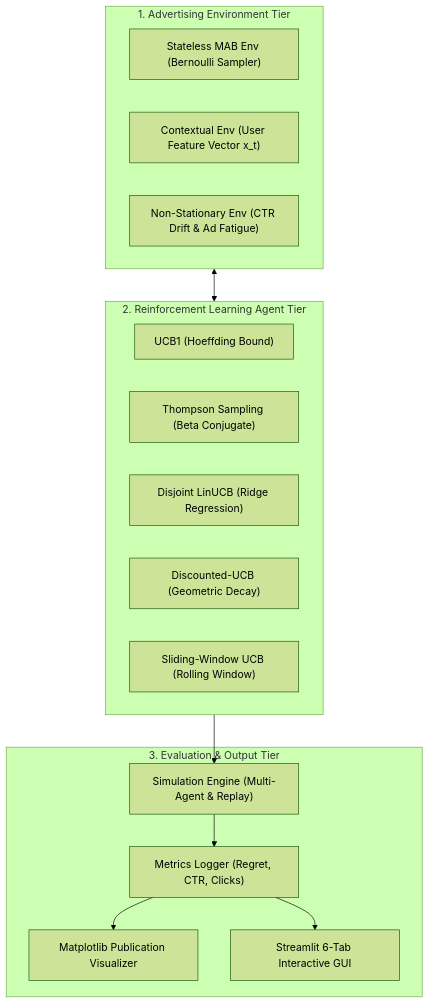
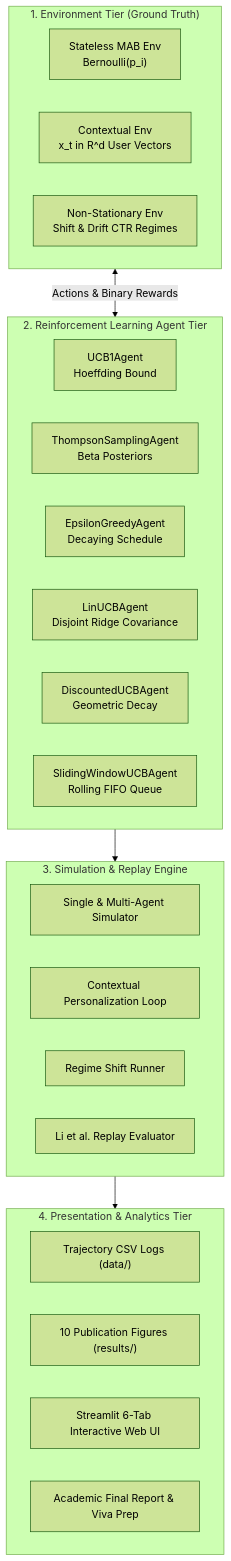
One commit to Bhupender2004/dynamic-advertisement-rl changed the third of 3 diagrams in README.md. Above: the diagram before and after it, drawn with Mermaid (forest theme). The commit also changed other lines of this file, not shown here.

````diff
--- a/README.md
+++ b/README.md
@@ -55,29 +221,35 @@
 ```mermaid
 flowchart TD
-    subgraph EnvTier ["1. Advertising Environment Tier"]
-        StatEnv["Stateless MAB Env (Bernoulli Sampler)"]
-        ContextEnv["Contextual Env (User Feature Vector x_t)"]
-        NonStatEnv["Non-Stationary Env (CTR Drift & Ad Fatigue)"]
+    subgraph EnvTier ["1. Environment Tier (Ground Truth)"]
+        StatEnv["Stateless MAB Env<br/>Bernoulli(p_i)"]
+        ContextEnv["Contextual Env<br/>x_t in R^d User Vectors"]
+        NonStatEnv["Non-Stationary Env<br/>Shift & Drift CTR Regimes"]
     end
 
     subgraph AgentTier ["2. Reinforcement Learning Agent Tier"]
-        UCB["UCB1 (Hoeffding Bound)"]
-        TS["Thompson Sampling (Beta Conjugate)"]
-        LinUCB["Disjoint LinUCB (Ridge Regression)"]
-        DUCB["Discounted-UCB (Geometric Decay)"]
-        SWUCB["Sliding-Window UCB (Rolling Window)"]
+        UCB["UCB1Agent<br/>Hoeffding Bound"]
+        TS["ThompsonSamplingAgent<br/>Beta Posteriors"]
+        EG["EpsilonGreedyAgent<br/>Decaying Schedule"]
+        LinUCB["LinUCBAgent<br/>Disjoint Ridge Covariance"]
+        DUCB["DiscountedUCBAgent<br/>Geometric Decay"]
+        SWUCB["SlidingWindowUCBAgent<br/>Rolling FIFO Queue"]
     end
 
-    subgraph EvalTier ["3. Evaluation & Output Tier"]
-        SimRunner["Simulation Engine (Multi-Agent & Replay)"]
-        Metrics["Metrics Logger (Regret, CTR, Clicks)"]
-        Plots["Matplotlib Publication Visualizer"]
-        Dashboard["Streamlit 6-Tab Interactive GUI"]
+    subgraph SimTier ["3. Simulation & Replay Engine"]
+        SimRunner["Single & Multi-Agent Simulator"]
+        ContextSim["Contextual Personalization Loop"]
+        NonStatSim["Regime Shift Runner"]
+        OfflineEval["Li et al. Replay Evaluator"]
     end
 
-    EnvTier <--> AgentTier
-    AgentTier --> SimRunner
-    SimRunner --> Metrics
-    Metrics --> Plots
-    Metrics --> Dashboard
+    subgraph OutputTier ["4. Presentation & Analytics Tier"]
+        CSVLogs["Trajectory CSV Logs (data/)"]
+        Plots["10 Publication Figures (results/)"]
+        App["Streamlit 6-Tab Interactive Web UI"]
+        Paper["Academic Final Report & Viva Prep"]
+    end
+
+    EnvTier <-->|Actions & Binary Rewards| AgentTier
+    AgentTier --> SimTier
+    SimTier --> OutputTier
 ```
````
